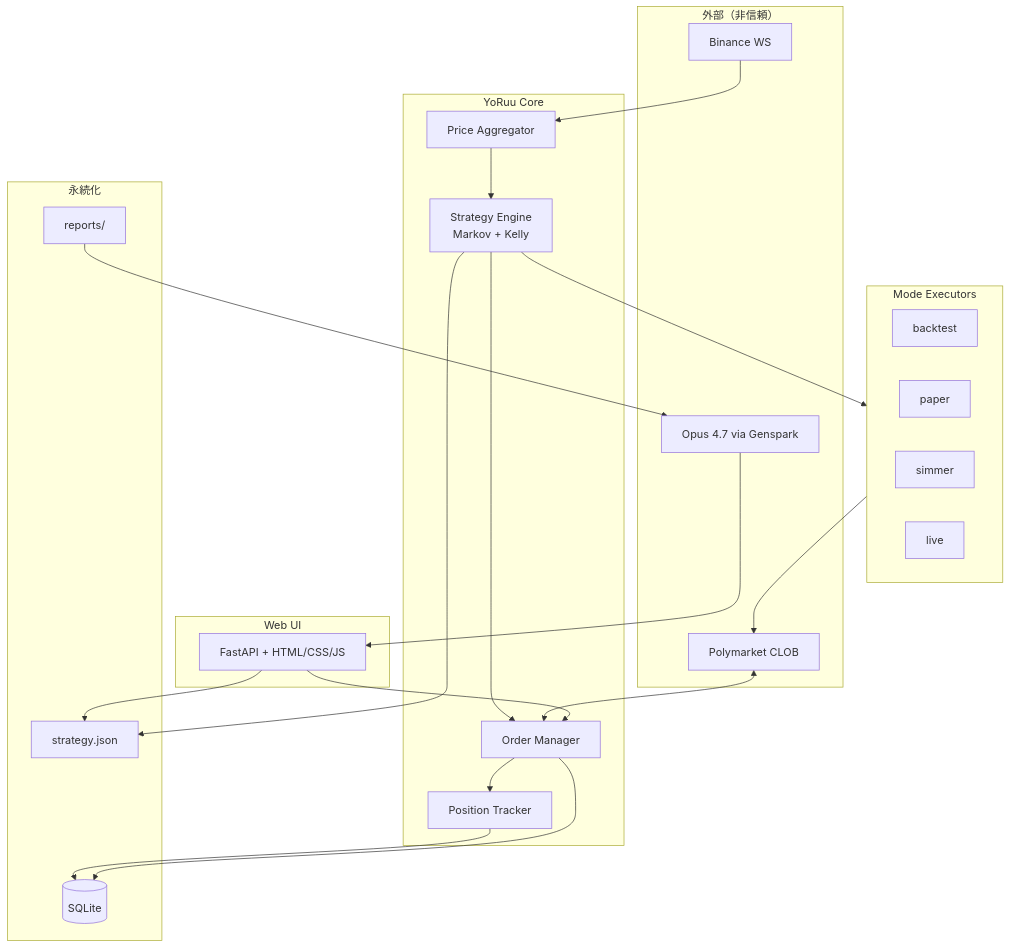
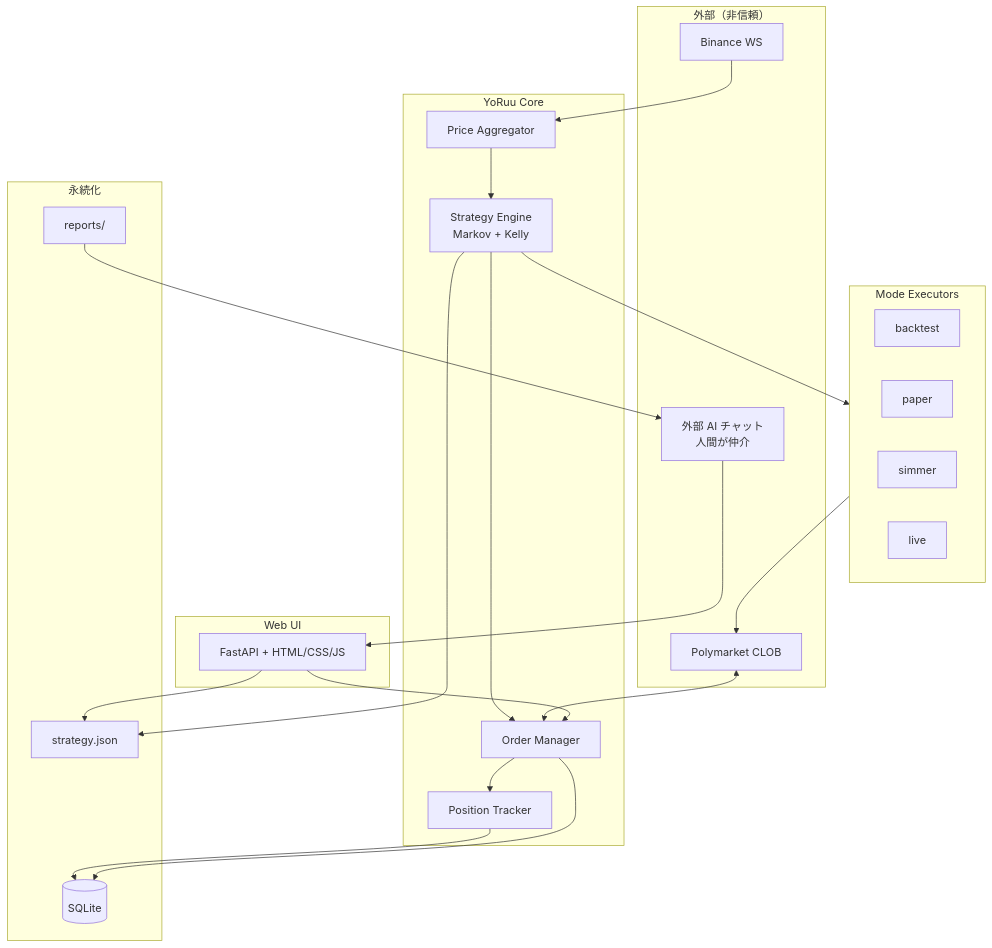
Before and after one commit to matrix9neonebuchadnezzar2199-sketch/YoRuu: the diagram in README.md, drawn with Mermaid. The commit also changed other lines of this file and 16 other files, not shown here.

````diff
--- a/README.md
+++ b/README.md
@@ -254,45 +254,45 @@
 ```mermaid
 flowchart TB
     subgraph External["外部（非信頼）"]
         BN[Binance WS]
         PM[Polymarket CLOB]
-        AI[Opus 4.7 via Genspark]
+        AI[外部 AI チャット<br/>人間が仲介]
     end
 
     subgraph YoRuu["YoRuu Core"]
         PA[Price Aggregator]
         SE[Strategy Engine<br/>Markov + Kelly]
         OM[Order Manager]
         PT[Position Tracker]
     end
 
     subgraph Modes["Mode Executors"]
         BT[backtest]
         PP[paper]
         SM[simmer]
         LV[live]
     end
 
     subgraph Persist["永続化"]
         DB[(SQLite)]
         SJ[strategy.json]
         RP[reports/]
     end
 
     subgraph UI["Web UI"]
         WEB[FastAPI + HTML/CSS/JS]
     end
 
     BN --> PA --> SE --> OM
     PM <--> OM
     SE --> Modes
     OM --> PT
     PT --> DB
     OM --> DB
     SE --> SJ
     RP --> AI
     AI --> WEB
     WEB --> SJ
     WEB --> OM
     Modes --> PM
 ```
````
